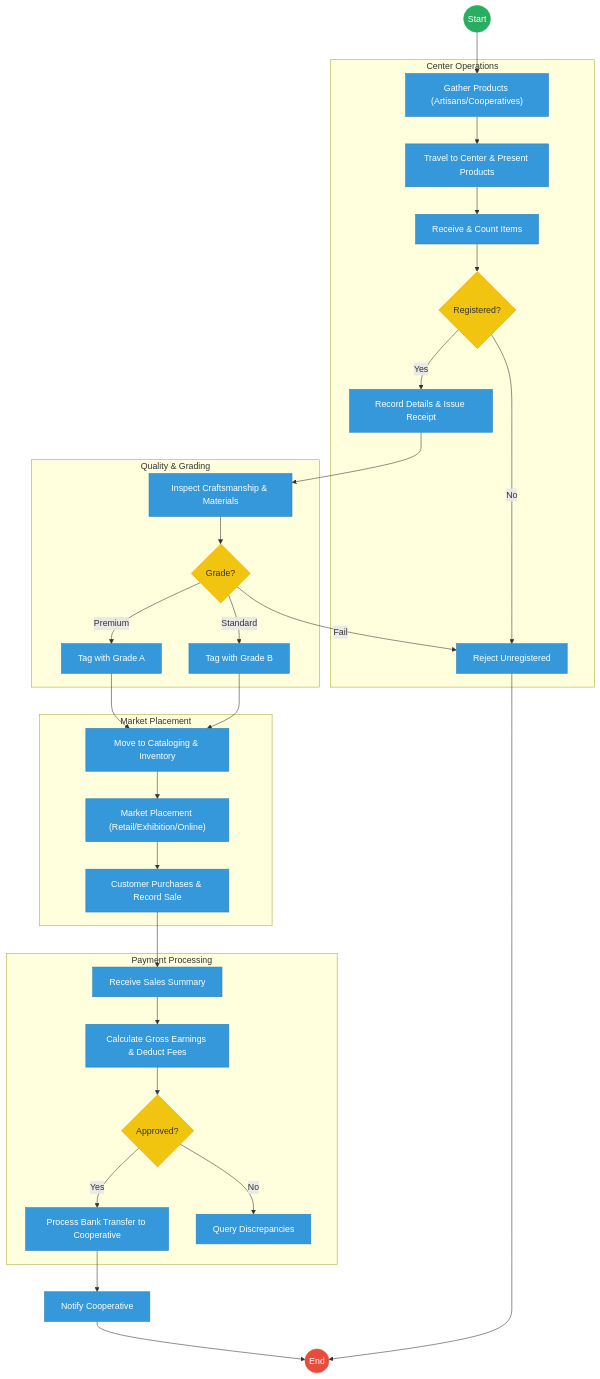
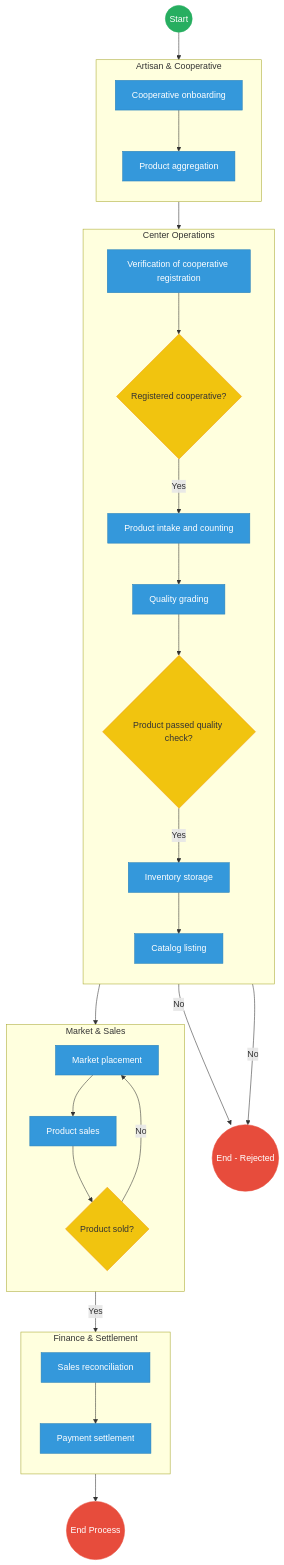
One commit to BITZ-IT-Consulting-LTD/ictapoc changed the first of 2 diagrams in mdas/docs_final/priority_mdas/Culture_and_Heritage___Service_Delivery.md. Above: the diagram before and after it, drawn with Mermaid. The commit also changed other lines of this file and 109 other files, not shown here.

````diff
--- a/mdas/docs_final/priority_mdas/Culture_and_Heritage___Service_Delivery.md
+++ b/mdas/docs_final/priority_mdas/Culture_and_Heritage___Service_Delivery.md
@@ -21,51 +21,74 @@
 ```mermaid
-graph TD
-    Start((Start)) --> Gather["Gather Products (Artisans/Cooperatives)"]
+flowchart TD
+    %% Events
+    Start((Start))
+    EndProcess((End Process))
+    EndReject((End - Rejected))
+
+    subgraph Artisan [Artisan & Cooperative]
+        direction TB
+        Onboard[Cooperative onboarding]
+        Aggregate[Product aggregation]
+    end
+
+    subgraph CenterOps [Center Operations]
+        direction TB
+        VerifyReg[Verification of cooperative registration]
+        RegGateway{Registered cooperative?}
+        Intake[Product intake and counting]
+        QualityGrad[Quality grading]
+        QualGateway{Product passed quality check?}
+        StoreInv[Inventory storage]
+        CatList[Catalog listing]
+    end
+
+    subgraph MarketSales [Market & Sales]
+        direction TB
+        MarketPlac[Market placement]
+        ProdSale[Product sales]
+        SoldGateway{Product sold?}
+    end
+
+    subgraph Settlement [Finance & Settlement]
+        direction TB
+        SalesRec[Sales reconciliation]
+        PaySett[Payment settlement]
+    end
+
+    %% Flow connections
+    Start --> Onboard
+    Onboard --> Aggregate
+    Aggregate --> VerifyReg
+    VerifyReg --> RegGateway
     
-    subgraph Aggregation [Center Operations]
-        Gather --> Travel["Travel to Center & Present Products"]
-        Travel --> Receive["Receive & Count Items"]
-        Receive --> RegCheck{"Registered?"}
-        
-        RegCheck -- "No" --> Reject["Reject Unregistered"]
-        RegCheck -- "Yes" --> Record["Record Details & Issue Receipt"]
-    end
+    RegGateway -- "No" --> EndReject
+    RegGateway -- "Yes" --> Intake
     
-    subgraph Quality [Quality & Grading]
-        Record --> Inspect["Inspect Craftsmanship & Materials"]
-        Inspect --> Grade{"Grade?"}
-        
-        Grade -- "Premium" --> GradeA["Tag with Grade A"]
-        Grade -- "Standard" --> GradeB["Tag with Grade B"]
-        Grade -- "Fail" --> Reject
-    end
+    Intake --> QualityGrad
+    QualityGrad --> QualGateway
     
-    subgraph Sales [Market Placement]
-        GradeA --> Catalog["Move to Cataloging & Inventory"]
-        GradeB --> Catalog
-        Catalog --> Market["Market Placement (Retail/Exhibition/Online)"]
-        Market --> Sale["Customer Purchases & Record Sale"]
-    end
+    QualGateway -- "No" --> EndReject
+    QualGateway -- "Yes" --> StoreInv
     
-    subgraph Settlement [Payment Processing]
-        Sale --> Summary["Receive Sales Summary"]
-        Summary --> Calculate["Calculate Gross Earnings & Deduct Fees"]
-        Calculate --> Approve{"Approved?"}
-        
-        Approve -- "Yes" --> Transfer["Process Bank Transfer to Cooperative"]
-        Approve -- "No" --> Query["Query Discrepancies"]
-    end
+    StoreInv --> CatList
+    CatList --> MarketPlac
+    MarketPlac --> ProdSale
+    ProdSale --> SoldGateway
     
-    Transfer --> Notify["Notify Cooperative"]
-    Notify --> End((End))
-    Reject --> End
+    SoldGateway -- "No" --> MarketPlac
+    SoldGateway -- "Yes" --> SalesRec
+    
+    SalesRec --> PaySett
+    PaySett --> EndProcess
 
-    classDef start fill:#27ae60,stroke:#27ae60,color:#fff;
-    classDef endNode fill:#e74c3c,stroke:#e74c3c,color:#fff;
+    %% Styling
+    classDef startEvent fill:#27ae60,stroke:#27ae60,color:#fff;
+    classDef endEvent fill:#e74c3c,stroke:#e74c3c,color:#fff;
     classDef userTask fill:#3498db,stroke:#2980b9,color:#fff;
     classDef gateway fill:#f1c40f,stroke:#f39c12,color:#333;
-    class Start start;
-    class End endNode;
-    class RegCheck,Grade,Approve gateway;
-    class Gather,Travel,Receive,Record,Inspect,GradeA,GradeB,Catalog,Market,Sale,Summary,Calculate,Transfer,Notify,Reject,Query userTask;
+    
+    class Start startEvent;
+    class EndProcess,EndReject endEvent;
+    class RegGateway,QualGateway,SoldGateway gateway;
+    class Onboard,Aggregate,VerifyReg,Intake,QualityGrad,StoreInv,CatList,MarketPlac,ProdSale,SalesRec,PaySett userTask;
 ```
````
